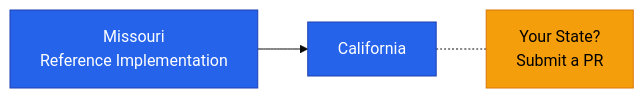
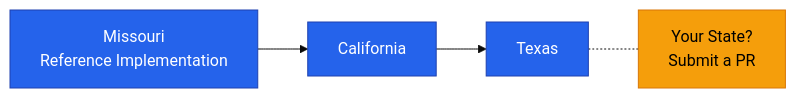
The second of 2 diagrams in references/regional/README.md (dougdevitre/access-to-business), drawn with Mermaid (base theme) before and after one commit. The commit also changed other lines of this file and 8 other files, not shown here.

````diff
--- a/references/regional/README.md
+++ b/references/regional/README.md
@@ -33,9 +33,11 @@
 ```mermaid
 graph LR
     MO[Missouri\nReference Implementation] --> CA[California]
-    CA -.- NEXT[Your State?\nSubmit a PR]
+    CA --> TX[Texas]
+    TX -.- NEXT[Your State?\nSubmit a PR]
 
     style MO fill:#2563eb,stroke:#1e40af,color:#fff
     style CA fill:#2563eb,stroke:#1e40af,color:#fff
+    style TX fill:#2563eb,stroke:#1e40af,color:#fff
     style NEXT fill:#f59e0b,stroke:#d97706,color:#000
 ```
````
